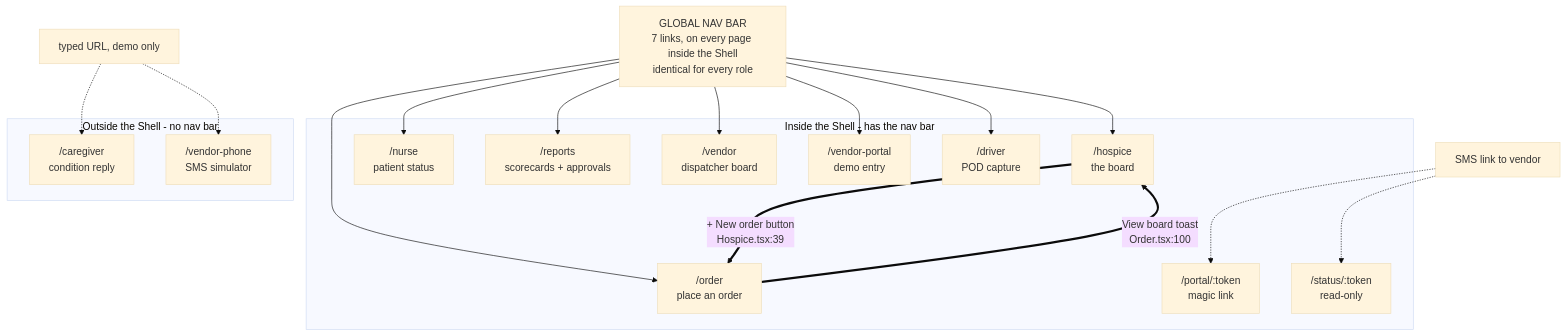
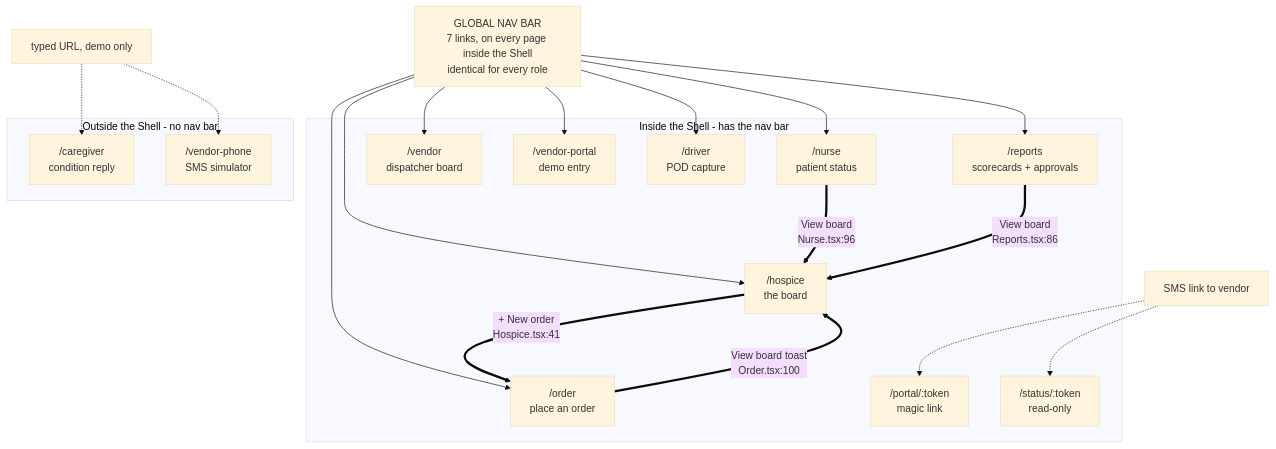
One commit to kr3wangel/betterrx-hackathon-2026 changed the first of 6 diagrams in docs/UX-FLOWS.md. Above: the diagram before and after it, drawn with Mermaid (base theme). The commit also changed other lines of this file and 5 other files, not shown here.

````diff
--- a/docs/UX-FLOWS.md
+++ b/docs/UX-FLOWS.md
@@ -71,37 +72,39 @@
 ```mermaid
 graph TD
   NAV["GLOBAL NAV BAR<br/>7 links, on every page inside the Shell<br/>identical for every role"]
 
   subgraph Inside the Shell - has the nav bar
     BOARD["/hospice<br/>the board"]
     ORDER["/order<br/>place an order"]
     NURSE["/nurse<br/>patient status"]
     REPORTS["/reports<br/>scorecards + approvals"]
     VBOARD["/vendor<br/>dispatcher board"]
     VPORTAL["/vendor-portal<br/>demo entry"]
     DRIVER["/driver<br/>POD capture"]
     PORTAL["/portal/:token<br/>magic link"]
     VSTATUS["/status/:token<br/>read-only"]
   end
 
   subgraph Outside the Shell - no nav bar
     CARE["/caregiver<br/>condition reply"]
     VPHONE["/vendor-phone<br/>SMS simulator"]
   end
 
   NAV --> BOARD
   NAV --> ORDER
   NAV --> NURSE
   NAV --> REPORTS
   NAV --> VBOARD
   NAV --> VPORTAL
   NAV --> DRIVER
 
-  BOARD ==>|"+ New order button<br/>Hospice.tsx:39"| ORDER
+  BOARD ==>|"+ New order<br/>Hospice.tsx:41"| ORDER
   ORDER ==>|"View board toast<br/>Order.tsx:100"| BOARD
+  NURSE ==>|"View board<br/>Nurse.tsx:96"| BOARD
+  REPORTS ==>|"View board<br/>Reports.tsx:86"| BOARD
 
   SMS["SMS link to vendor"] -.-> PORTAL
   SMS -.-> VSTATUS
   TYPED["typed URL, demo only"] -.-> CARE
   TYPED -.-> VPHONE
 ```
````
